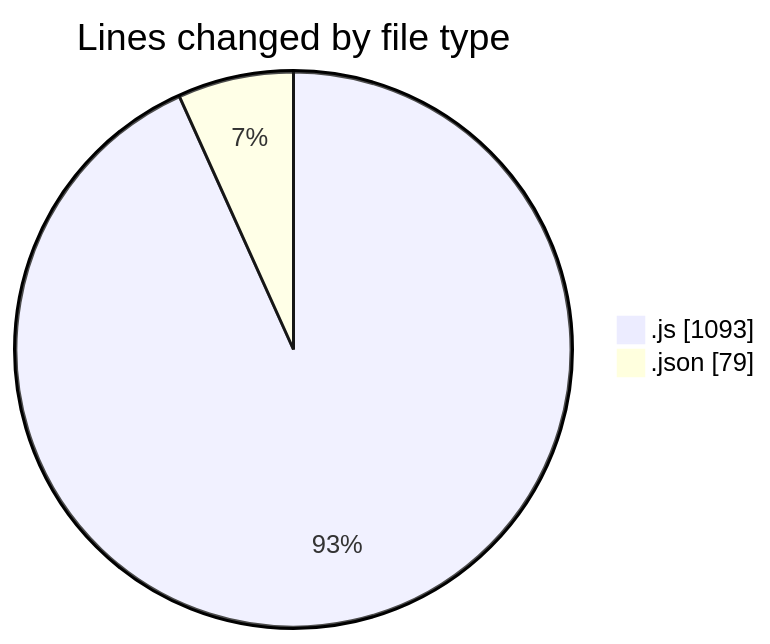
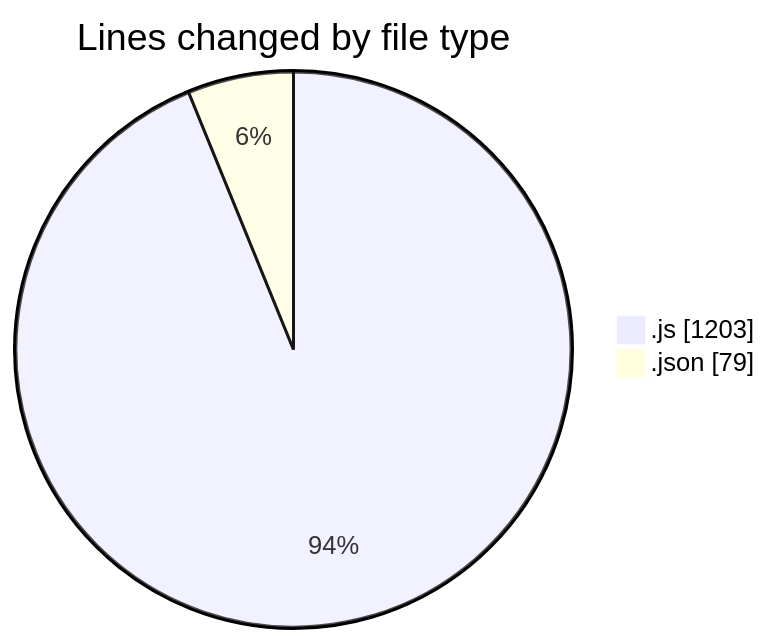
The first of 2 diagrams in 2025-01-31/cda/README.md (momahboobian/code-tracking), drawn with Mermaid before and after one commit. The commit also changed other lines of this file and 1 other file, not shown here.

````diff
--- a/2025-01-31/cda/README.md
+++ b/2025-01-31/cda/README.md
@@ -26,6 +27,6 @@
 ```mermaid
 pie showData
 title Lines changed by file type
-".js" : 1093
+".js" : 1203
 ".json" : 79
 ```
````
